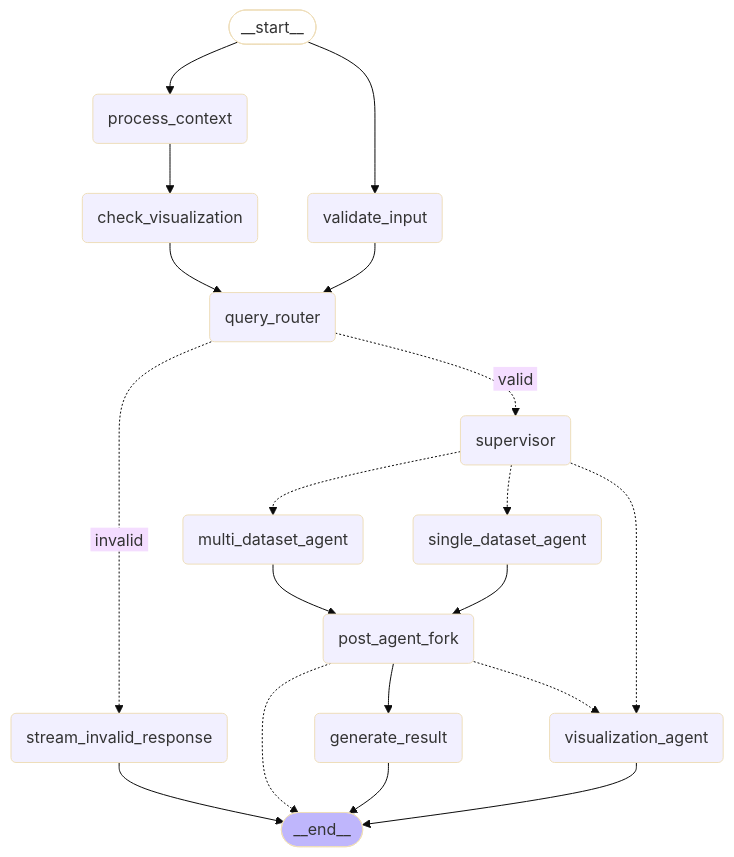
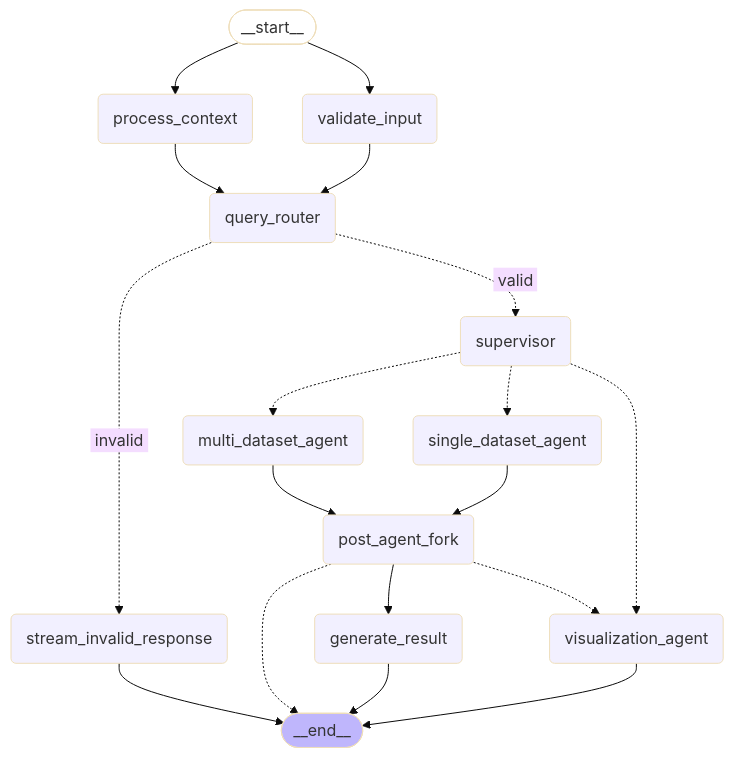
Before and after one commit to factly/gopie: the diagram in chat-server/app/workflow/graph/graph_mermaid/agent_graph.mmd, drawn with Mermaid (base theme). The commit also changed 11 other files, not shown here.

```diff
--- a/chat-server/app/workflow/graph/graph_mermaid/agent_graph.mmd
+++ b/chat-server/app/workflow/graph/graph_mermaid/agent_graph.mmd
@@ -1,40 +1,38 @@
 ---
 config:
   flowchart:
     curve: basis
 ---
 graph TD;
 	__start__([<p>__start__</p>]):::first
 	validate_input(validate_input)
 	stream_invalid_response(stream_invalid_response)
 	process_context(process_context)
 	supervisor(supervisor)
 	multi_dataset_agent(multi_dataset_agent)
 	single_dataset_agent(single_dataset_agent)
 	visualization_agent(visualization_agent)
-	check_visualization(check_visualization)
 	generate_result(generate_result)
 	post_agent_fork(post_agent_fork)
 	query_router(query_router)
 	__end__([<p>__end__</p>]):::last
 	__start__ --> process_context;
 	__start__ --> validate_input;
-	check_visualization --> query_router;
 	multi_dataset_agent --> post_agent_fork;
 	post_agent_fork -.-> __end__;
 	post_agent_fork --> generate_result;
 	post_agent_fork -.-> visualization_agent;
-	process_context --> check_visualization;
+	process_context --> query_router;
 	query_router -. &nbsp;invalid&nbsp; .-> stream_invalid_response;
 	query_router -. &nbsp;valid&nbsp; .-> supervisor;
 	single_dataset_agent --> post_agent_fork;
 	supervisor -.-> multi_dataset_agent;
 	supervisor -.-> single_dataset_agent;
 	supervisor -.-> visualization_agent;
 	validate_input --> query_router;
 	generate_result --> __end__;
 	stream_invalid_response --> __end__;
 	visualization_agent --> __end__;
 	classDef default fill:#f2f0ff,line-height:1.2
 	classDef first fill-opacity:0
 	classDef last fill:#bfb6fc
```
